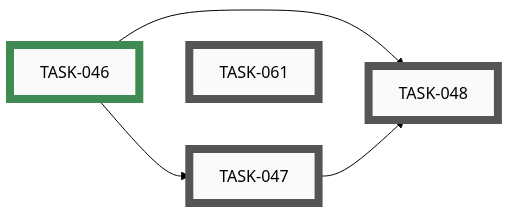
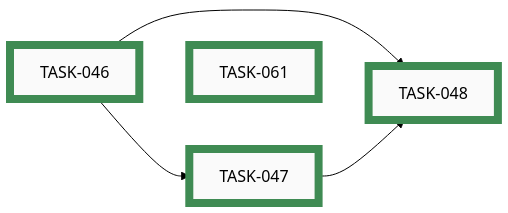
The seventh of 9 diagrams in docs/developers/tasks/EPICS.md (tgd1975/CircuitSmith), drawn with Mermaid (forest theme) before and after one commit. The commit also changed other lines of this file and 20 other files, not shown here.

````diff
--- a/docs/developers/tasks/EPICS.md
+++ b/docs/developers/tasks/EPICS.md
@@ -420,23 +420,23 @@
 ```mermaid
 graph LR
-    TASK_047["TASK-047"]:::open
-    TASK_048["TASK-048"]:::open
-    TASK_061["TASK-061"]:::open
     TASK_046["TASK-046"]:::closed
+    TASK_047["TASK-047"]:::closed
+    TASK_048["TASK-048"]:::closed
+    TASK_061["TASK-061"]:::closed
     TASK_046 --> TASK_047
     TASK_046 --> TASK_048
     TASK_047 --> TASK_048
     TASK_046 ~~~ TASK_061
-    click TASK_047 "open/task-047-configure-pytest.md"
-    click TASK_048 "open/task-048-add-minimal-ci-workflow.md"
-    click TASK_061 "open/task-061-adopt-python-linter-formatter.md"
     click TASK_046 "closed/task-046-add-pyproject-and-dev-requirements.md"
+    click TASK_047 "closed/task-047-configure-pytest.md"
+    click TASK_048 "closed/task-048-add-minimal-ci-workflow.md"
+    click TASK_061 "closed/task-061-adopt-python-linter-formatter.md"
     classDef open    fill:#FAFAFA,stroke:#555,stroke-width:8px,color:#000
     classDef active  fill:#FAFAFA,stroke:#1A6FA8,stroke-width:8px,color:#000
     classDef closed  fill:#FAFAFA,stroke:#3F8B53,stroke-width:8px,color:#000
     classDef paused  fill:#FAFAFA,stroke:#B07810,stroke-width:8px,color:#000
     classDef openExt    fill:#000,stroke:#888,stroke-width:8px,color:#FFF
     classDef activeExt  fill:#000,stroke:#3FA9F5,stroke-width:8px,color:#FFF
     classDef closedExt  fill:#000,stroke:#7CC68A,stroke-width:8px,color:#FFF
     classDef pausedExt  fill:#000,stroke:#F0B030,stroke-width:8px,color:#FFF
 ```
````
